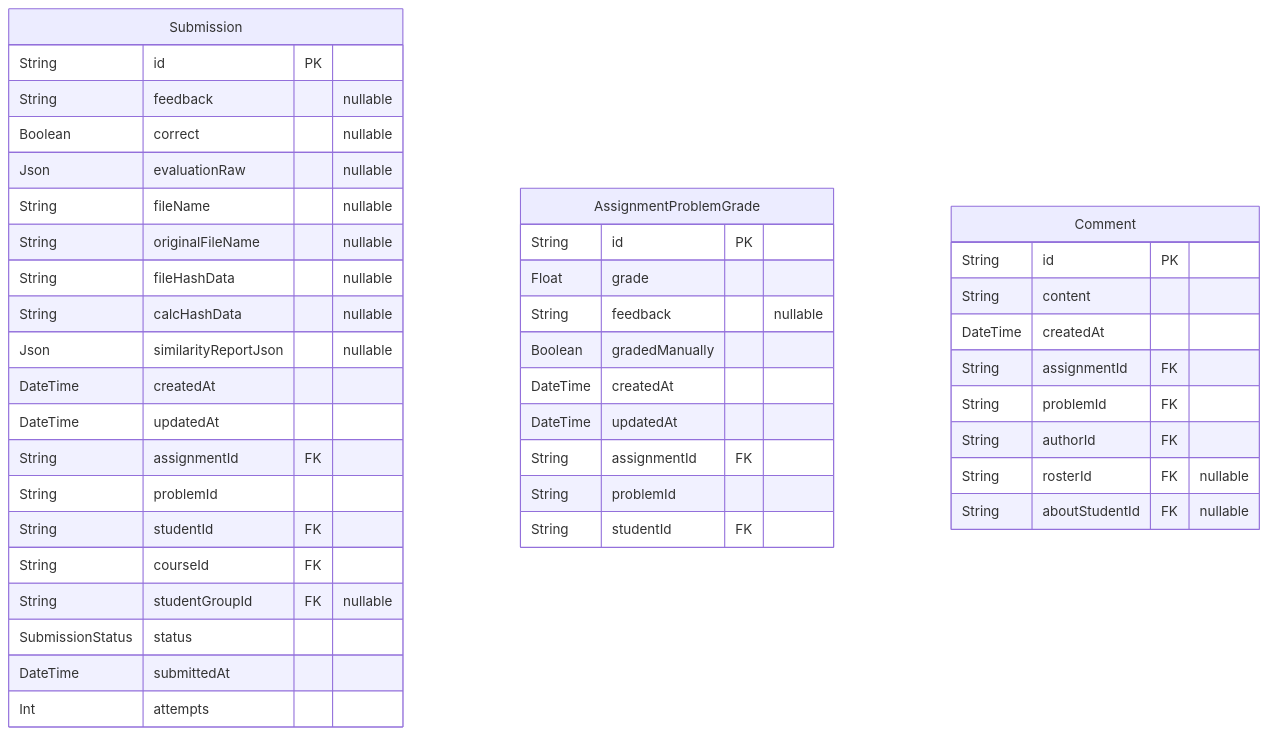
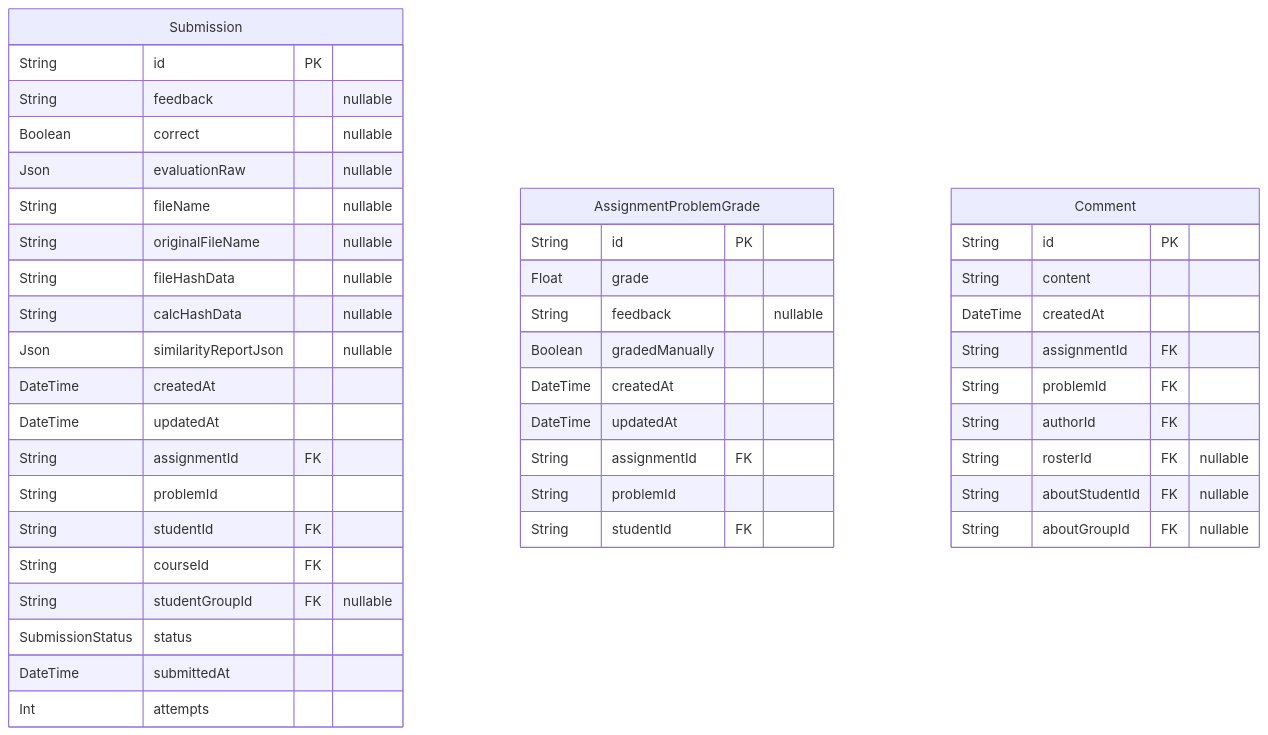
Before and after one commit to PennStateCS/AFCT: the fourth of 5 diagrams in docs-site/docs/reference/database-schema.md, drawn with Mermaid. The commit also changed other lines of this file and 3 other files, not shown here.

````diff
--- a/docs-site/docs/reference/database-schema.md
+++ b/docs-site/docs/reference/database-schema.md
@@ -479,45 +479,46 @@
 ```mermaid
 erDiagram
 "Submission" {
   String id PK
   String feedback "nullable"
   Boolean correct "nullable"
   Json evaluationRaw "nullable"
   String fileName "nullable"
   String originalFileName "nullable"
   String fileHashData "nullable"
   String calcHashData "nullable"
   Json similarityReportJson "nullable"
   DateTime createdAt
   DateTime updatedAt
   String assignmentId FK
   String problemId
   String studentId FK
   String courseId FK
   String studentGroupId FK "nullable"
   SubmissionStatus status
   DateTime submittedAt
   Int attempts
 }
 "AssignmentProblemGrade" {
   String id PK
   Float grade
   String feedback "nullable"
   Boolean gradedManually
   DateTime createdAt
   DateTime updatedAt
   String assignmentId FK
   String problemId
   String studentId FK
 }
 "Comment" {
   String id PK
   String content
   DateTime createdAt
   String assignmentId FK
   String problemId FK
   String authorId FK
   String rosterId FK "nullable"
   String aboutStudentId FK "nullable"
+  String aboutGroupId FK "nullable"
 }
 ```
````
